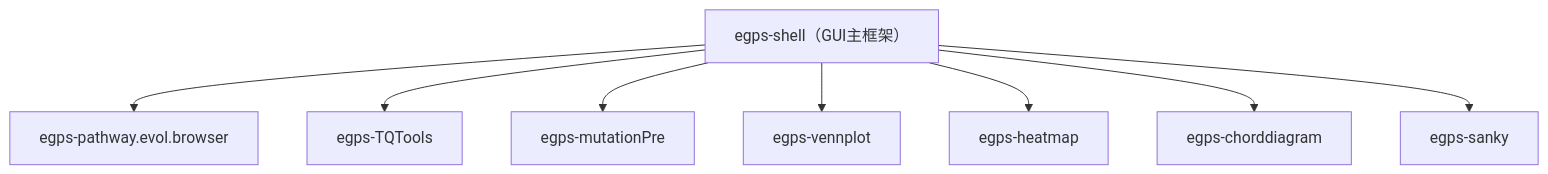
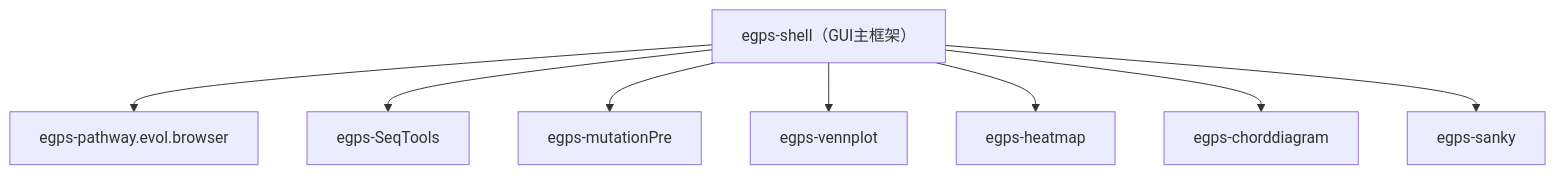
The second of 2 diagrams in README_zh.md (yudalang3/eGPS_v2.1), drawn with Mermaid before and after one commit. The commit also changed other lines of this file and 1 other file, not shown here.

Commit message:
TQTools to egps-SeqTools

````diff
--- a/README_zh.md
+++ b/README_zh.md
@@ -52,10 +52,10 @@
 ```mermaid
 graph TD
   shell["egps-shell（GUI主框架）"] --> pe[egps-pathway.evol.browser]
-  shell --> tq[egps-TQTools]
+  shell --> seq[egps-SeqTools]
   shell --> mut[egps-mutationPre]
   shell --> venn[egps-vennplot]
   shell --> heat[egps-heatmap]
   shell --> chord[egps-chorddiagram]
   shell --> sanky[egps-sanky]
 ```
````
